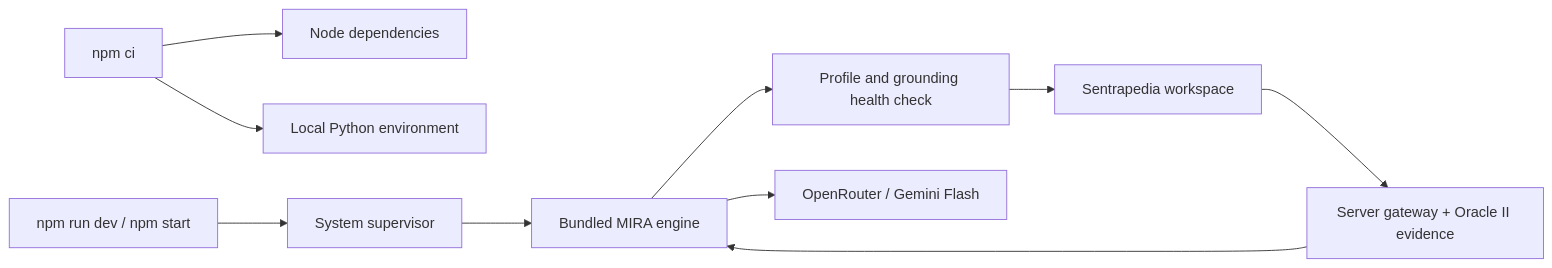
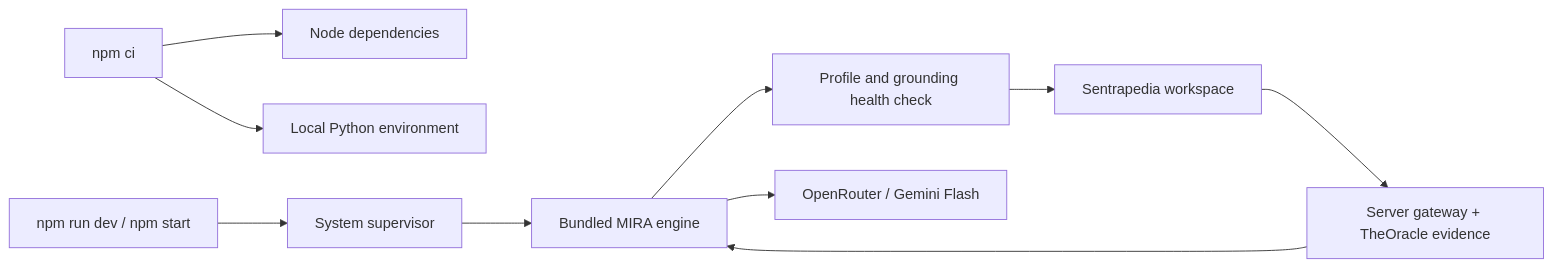
The diagram in docs/mira-integration.md (drferdi/Sentrapedia), drawn with Mermaid before and after one commit. The commit also changed other lines of this file and 10 other files, not shown here.

````diff
--- a/docs/mira-integration.md
+++ b/docs/mira-integration.md
@@ -6,12 +6,12 @@
 ```mermaid
 flowchart LR
   Install["npm ci"] --> Node["Node dependencies"]
   Install --> Python["Local Python environment"]
   Start["npm run dev / npm start"] --> Supervisor["System supervisor"]
   Supervisor --> Engine["Bundled MIRA engine"]
   Engine --> Ready["Profile and grounding health check"]
   Ready --> Web["Sentrapedia workspace"]
-  Web --> Gateway["Server gateway + Oracle II evidence"]
+  Web --> Gateway["Server gateway + TheOracle evidence"]
   Gateway --> Engine
   Engine --> Provider["OpenRouter / Gemini Flash"]
 ```
````
